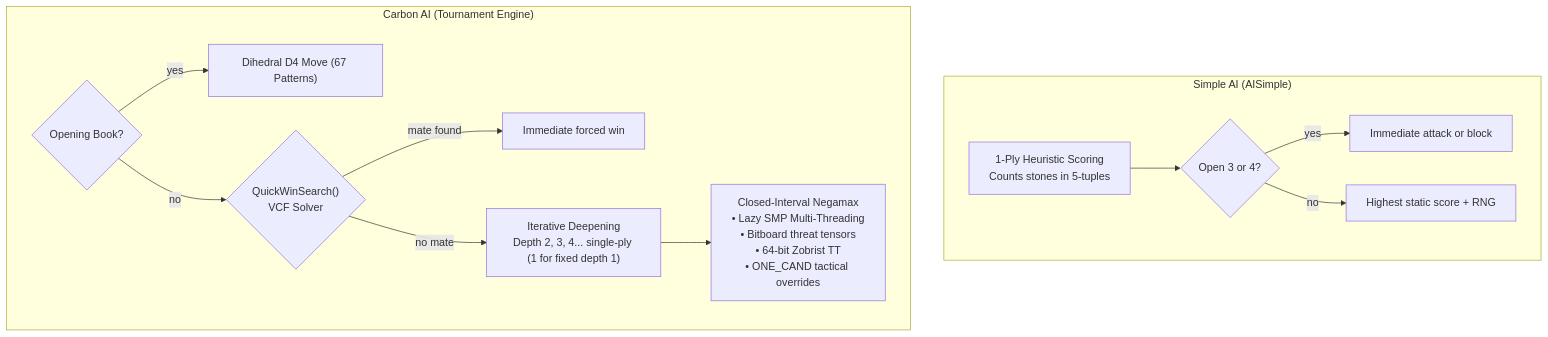
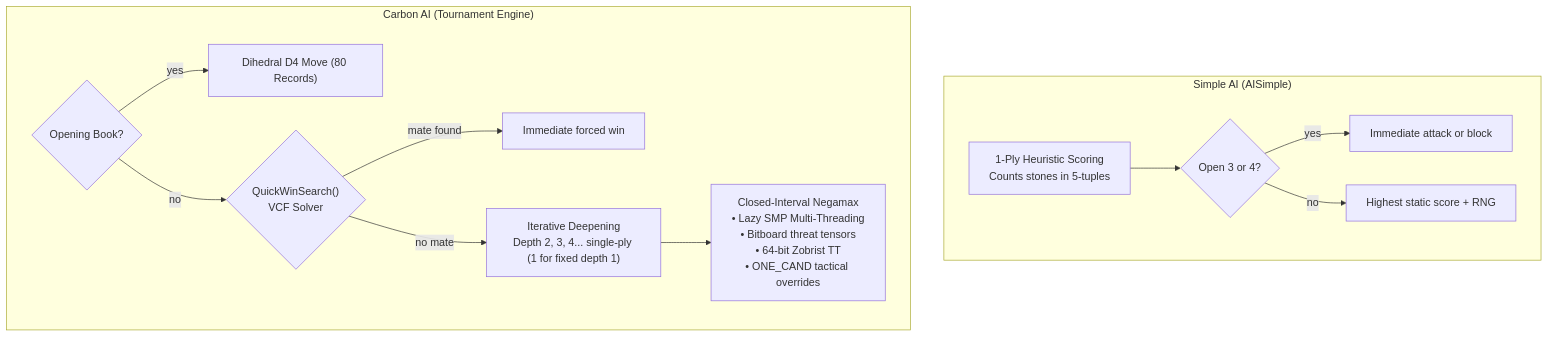
One commit to cjp-dev/Gomoku changed the third of 3 diagrams in docs/brain/14-gui-and-settings.md. Above: the diagram before and after it, drawn with Mermaid. The commit also changed other lines of this file and 17 other files, not shown here.

````diff
--- a/docs/brain/14-gui-and-settings.md
+++ b/docs/brain/14-gui-and-settings.md
@@ -201,16 +201,16 @@
 ```mermaid
 flowchart TD
     subgraph SimpleAI ["Simple AI (AISimple)"]
         S_Eval["1-Ply Heuristic Scoring<br/>Counts stones in 5-tuples"] --> S_Threat{"Open 3 or 4?"}
         S_Threat -- "yes" --> S_Act["Immediate attack or block"]
         S_Threat -- "no" --> S_Greedy["Highest static score + RNG"]
     end
 
     subgraph CarbonAI ["Carbon AI (Tournament Engine)"]
-        C_Book{"Opening Book?"} -- "yes" --> C_PlayBook["Dihedral D4 Move (67 Patterns)"]
+        C_Book{"Opening Book?"} -- "yes" --> C_PlayBook["Dihedral D4 Move (80 Records)"]
         C_Book -- "no" --> C_VCF{"QuickWinSearch()<br/>VCF Solver"}
         C_VCF -- "mate found" --> C_Mate["Immediate forced win"]
         C_VCF -- "no mate" --> C_ID["Iterative Deepening<br/>Depth 2, 3, 4... single-ply (1 for fixed depth 1)"]
         C_ID --> C_AB["Closed-Interval Negamax<br/>• Lazy SMP Multi-Threading<br/>• Bitboard threat tensors<br/>• 64-bit Zobrist TT<br/>• ONE_CAND tactical overrides"]
     end
 ```
````
